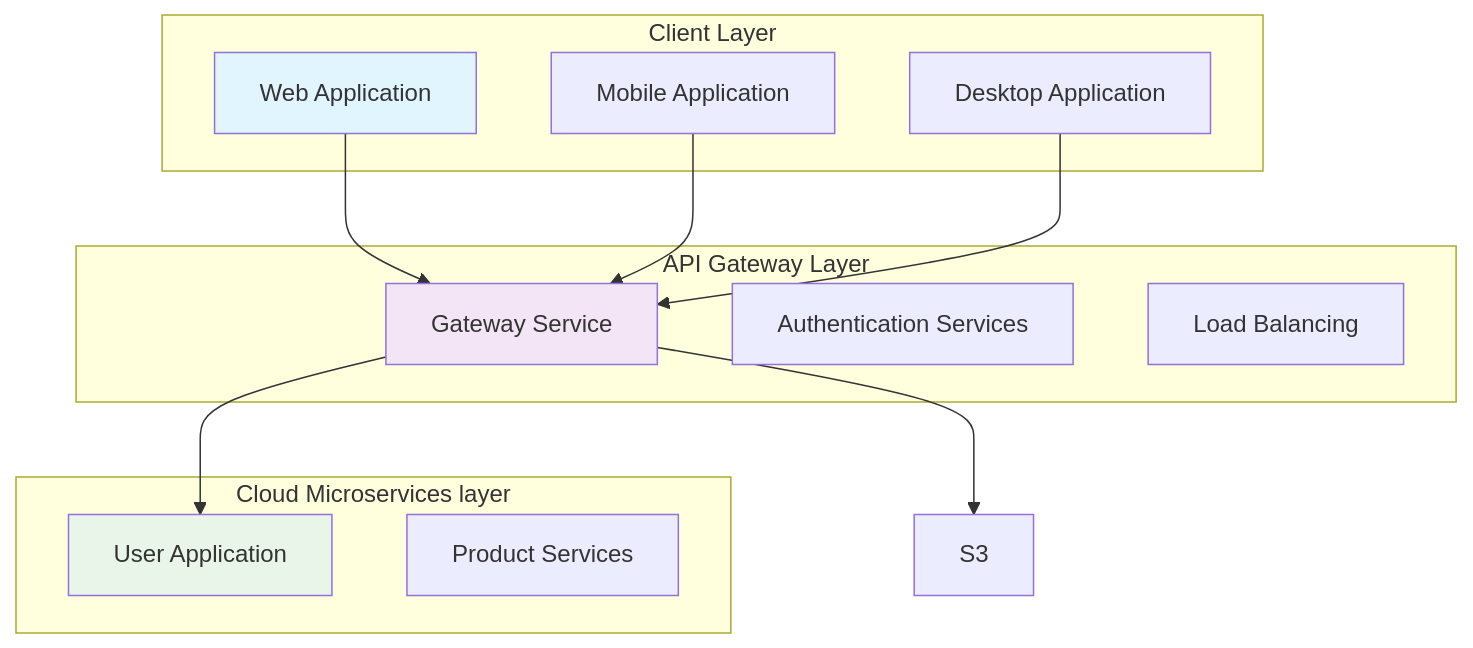
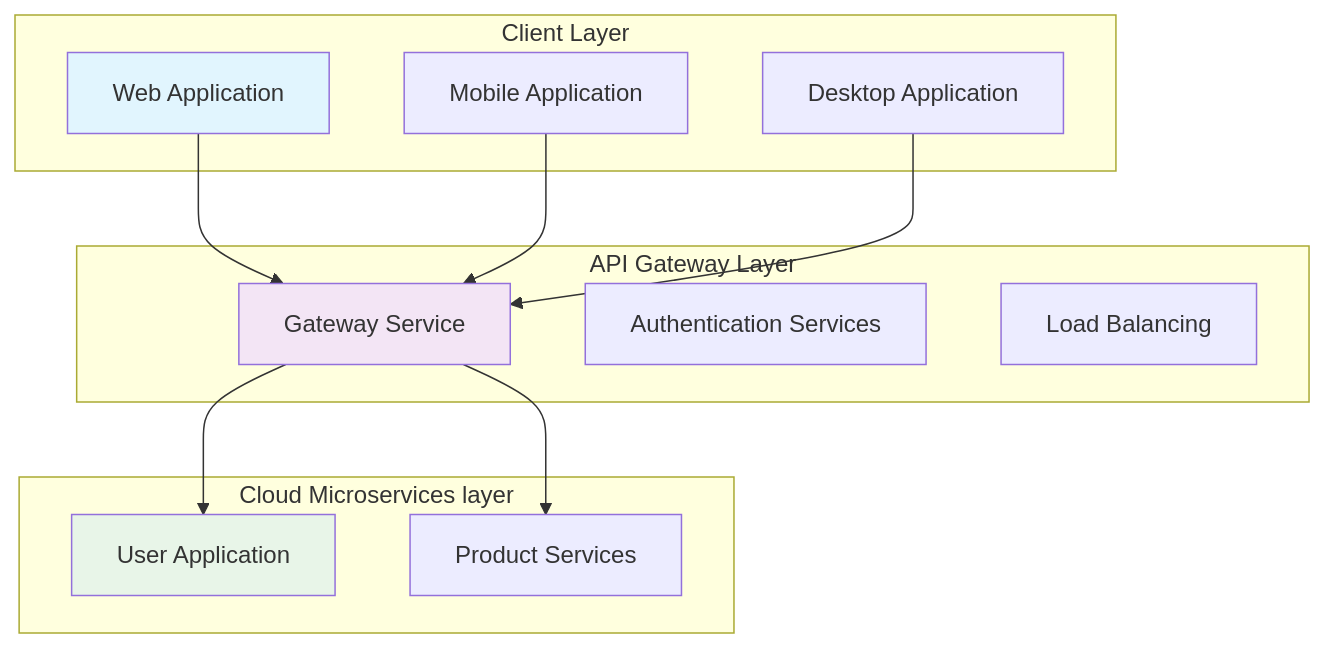
The diagram in README.md (aspose-cells-cloud/aspose-cells-cloud-python), drawn with Mermaid before and after one commit.

Commit message:
ISSUE-CELLSCLOUD-13665: Fix  Architecture.

````diff
--- a/README.md
+++ b/README.md
@@ -54,27 +54,27 @@
 ```mermaid
 graph TB
 
     subgraph "Client Layer"
         C1[Web Application]
         C2[Mobile Application]
         C3[Desktop Application]
     end
     
     subgraph "API Gateway Layer"
         G1[Gateway Service]
         G2[Authentication Services]
         G3[Load Balancing]
     end
     
     subgraph "Cloud Microservices layer"
         S1[User Application]
         S2[Product Services]
     end
  
     C1 & C2 & C3 --> G1
-    G1 --> S1 & S3
+    G1 --> S1 & S2
     
     style C1 fill:#e1f5fe
     style G1 fill:#f3e5f5
     style S1 fill:#e8f5e8
 ```
````
